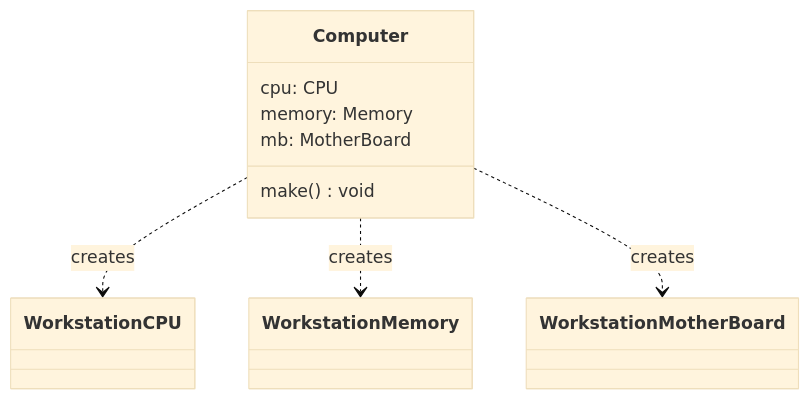
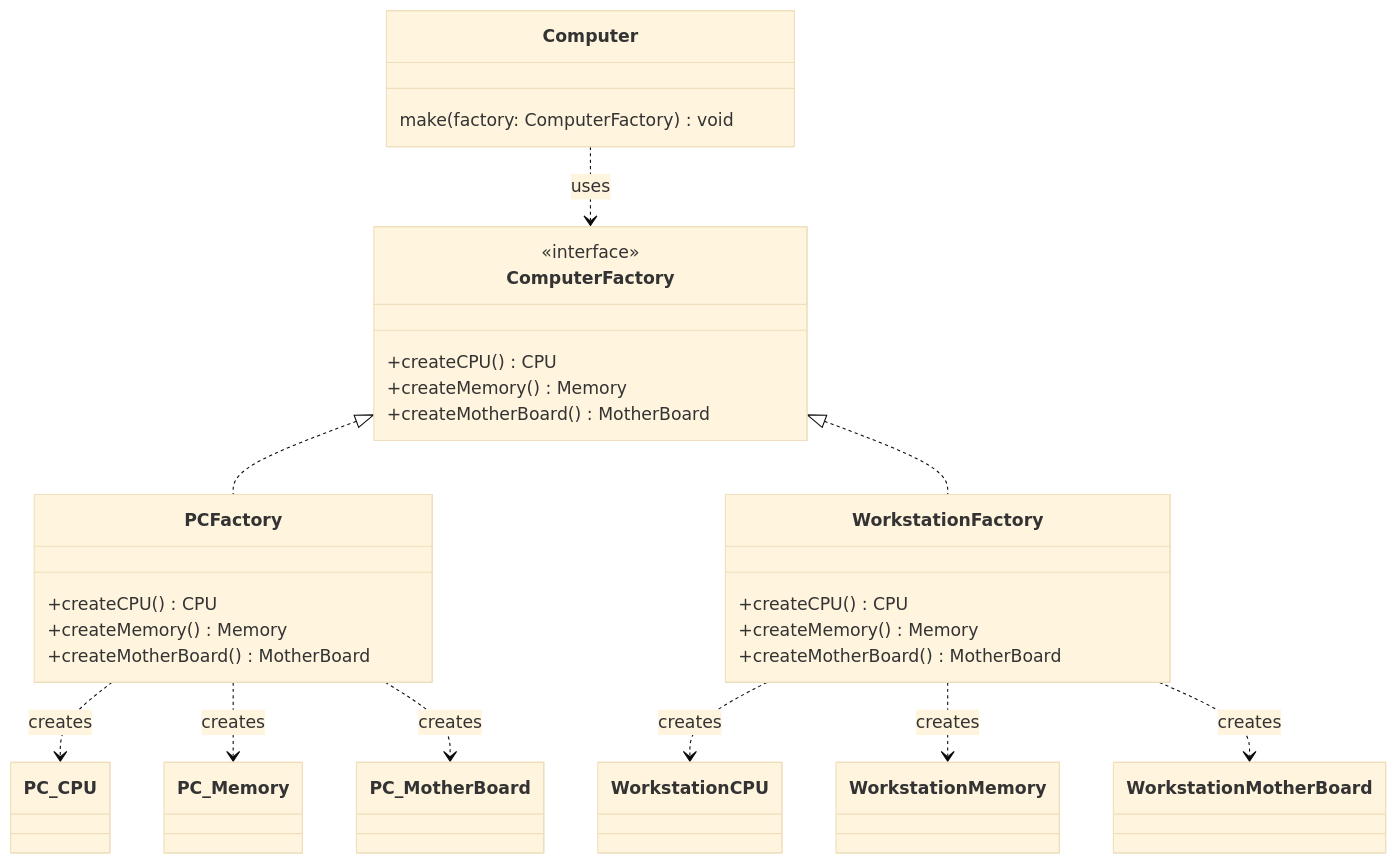
Before and after one commit to nlhsueh/teach_sw_fw: the third of 4 diagrams in Part4_PatternCreation/ch12_af.md, drawn with Mermaid (base theme). The commit also changed other lines of this file, not shown here.

Commit message:
Correct Mermaid diagrams in ch12 Abstract Factory

````diff
--- a/Part4_PatternCreation/ch12_af.md
+++ b/Part4_PatternCreation/ch12_af.md
@@ -127,12 +131,33 @@
 ```mermaid
 classDiagram
     class Computer {
-        cpu: CPU
-        memory: Memory
-        mb: MotherBoard
-        make() void
+        make(factory: ComputerFactory) void
     }
-    Computer ..> WorkstationCPU : creates
-    Computer ..> WorkstationMemory : creates
-    Computer ..> WorkstationMotherBoard : creates
+    class ComputerFactory {
+        <<interface>>
+        +createCPU() CPU
+        +createMemory() Memory
+        +createMotherBoard() MotherBoard
+    }
+    class PCFactory {
+        +createCPU() CPU
+        +createMemory() Memory
+        +createMotherBoard() MotherBoard
+    }
+    class WorkstationFactory {
+        +createCPU() CPU
+        +createMemory() Memory
+        +createMotherBoard() MotherBoard
+    }
+    ComputerFactory <|.. PCFactory
+    ComputerFactory <|.. WorkstationFactory
+    Computer ..> ComputerFactory : uses
+    
+    PCFactory ..> PC_CPU : creates
+    PCFactory ..> PC_Memory : creates
+    PCFactory ..> PC_MotherBoard : creates
+    
+    WorkstationFactory ..> WorkstationCPU : creates
+    WorkstationFactory ..> WorkstationMemory : creates
+    WorkstationFactory ..> WorkstationMotherBoard : creates
 ```
````
